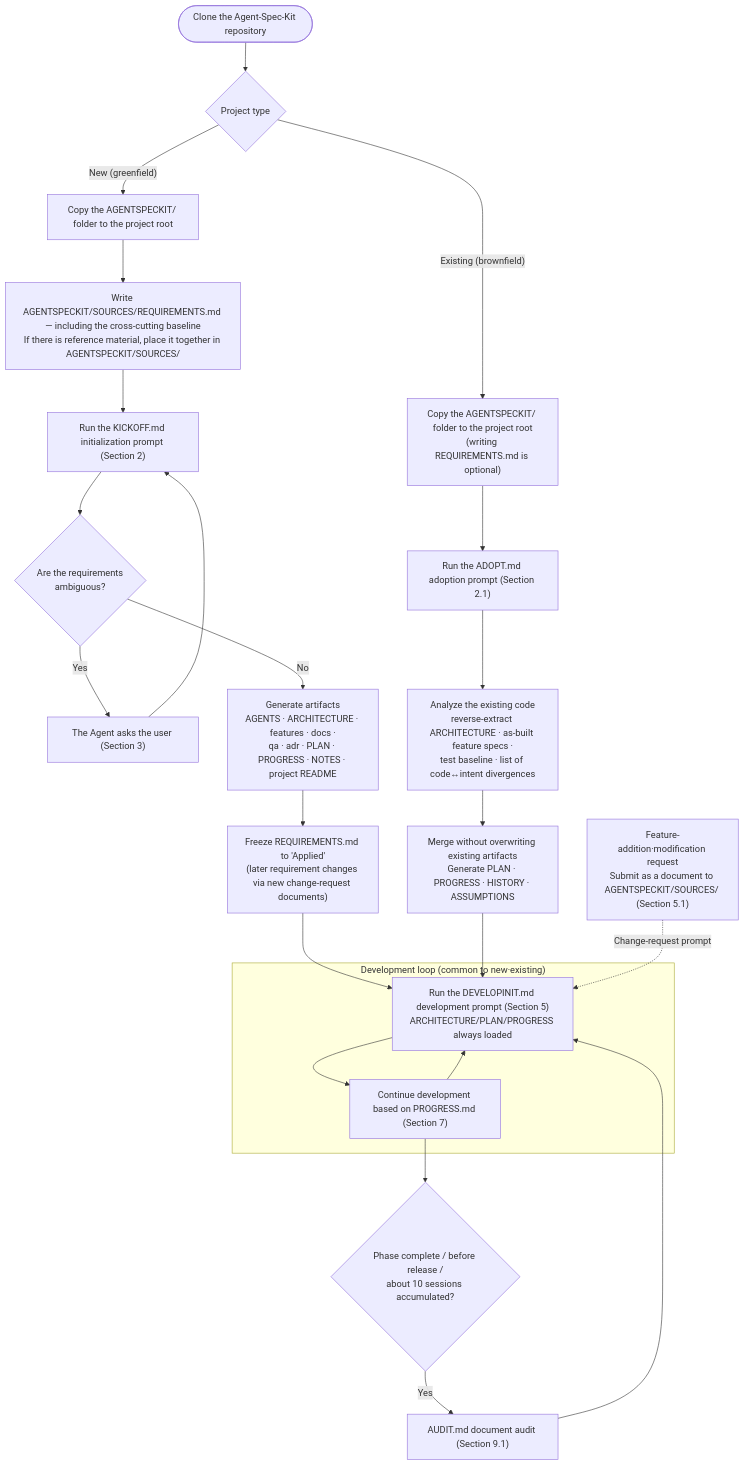
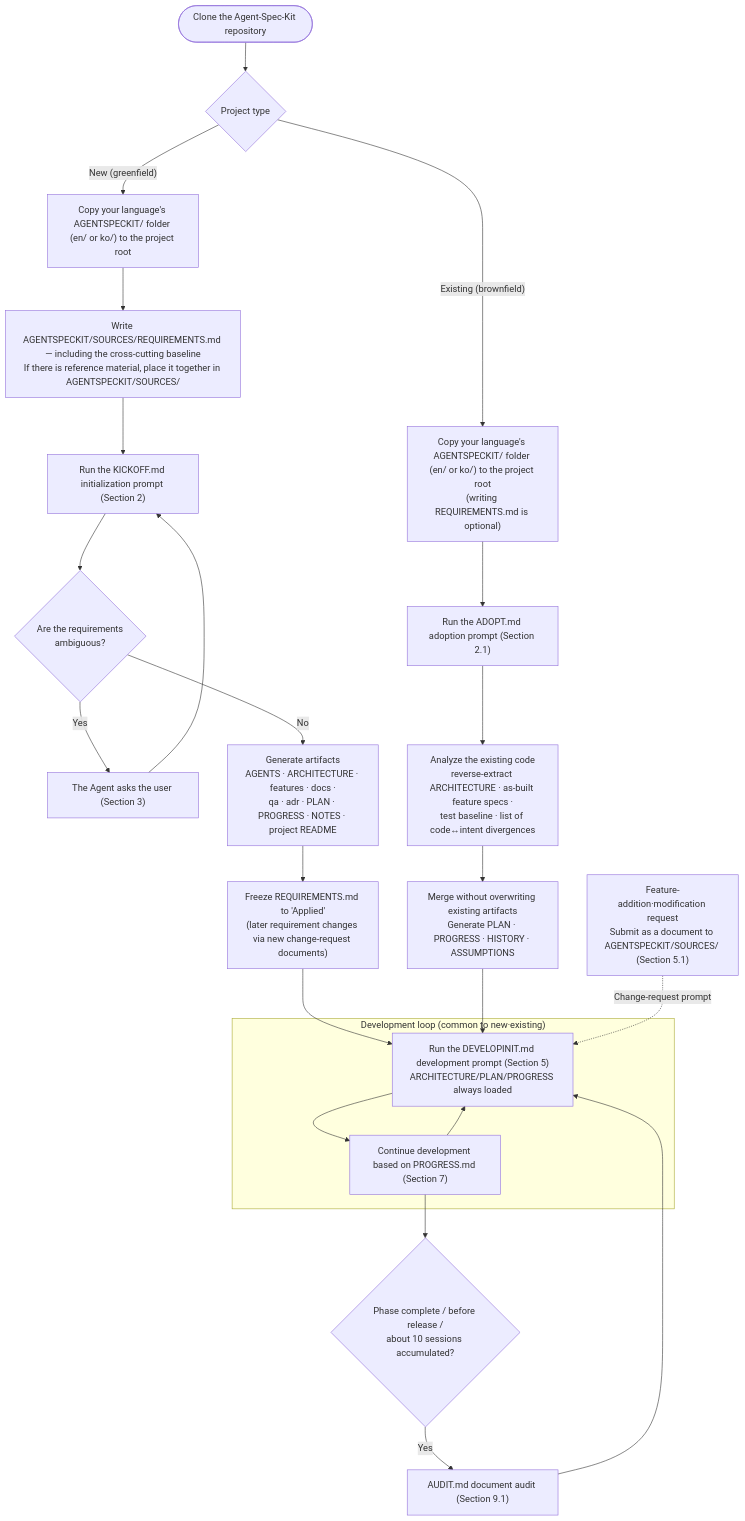
One commit to hellomyoh/Agent-Spec-Kit changed the diagram in README.md. Above: the diagram before and after it, drawn with Mermaid. The commit also changed other lines of this file and 13 other files, not shown here.

````diff
--- a/README.md
+++ b/README.md
@@ -681,34 +688,34 @@
 ```mermaid
 flowchart TD
     Start(["Clone the Agent-Spec-Kit repository"]) --> Type{"Project type"}
 
     %% ── New project path ──
-    Type -->|"New (greenfield)"| G1["Copy the AGENTSPECKIT/ folder to the project root"]
+    Type -->|"New (greenfield)"| G1["Copy your language's AGENTSPECKIT/ folder (en/ or ko/) to the project root"]
     G1 --> G2["Write AGENTSPECKIT/SOURCES/REQUIREMENTS.md — including the cross-cutting baseline<br/>If there is reference material, place it together in AGENTSPECKIT/SOURCES/"]
     G2 --> G3["Run the KICKOFF.md initialization prompt (Section 2)"]
     G3 --> G4{"Are the requirements<br/>ambiguous?"}
     G4 -->|"Yes"| G5["The Agent asks the user (Section 3)"]
     G5 --> G3
     G4 -->|"No"| G6["Generate artifacts<br/>AGENTS · ARCHITECTURE · features · docs ·<br/>qa · adr · PLAN · PROGRESS · NOTES · project README"]
     G6 --> G7["Freeze REQUIREMENTS.md to 'Applied'<br/>(later requirement changes via new change-request documents)"]
 
     %% ── Existing project path ──
-    Type -->|"Existing (brownfield)"| B1["Copy the AGENTSPECKIT/ folder to the project root<br/>(writing REQUIREMENTS.md is optional)"]
+    Type -->|"Existing (brownfield)"| B1["Copy your language's AGENTSPECKIT/ folder (en/ or ko/) to the project root<br/>(writing REQUIREMENTS.md is optional)"]
     B1 --> B2["Run the ADOPT.md adoption prompt (Section 2.1)"]
     B2 --> B3["Analyze the existing code<br/>reverse-extract ARCHITECTURE · as-built feature specs ·<br/>test baseline · list of code↔intent divergences"]
     B3 --> B4["Merge without overwriting existing artifacts<br/>Generate PLAN · PROGRESS · HISTORY · ASSUMPTIONS"]
 
     %% ── Common development loop ──
     subgraph DEV["Development loop (common to new·existing)"]
         D1["Run the DEVELOPINIT.md development prompt (Section 5)<br/>ARCHITECTURE/PLAN/PROGRESS always loaded"]
         D1 --> D2["Continue development based on PROGRESS.md (Section 7)"]
         D2 --> D1
     end
 
     G7 --> D1
     B4 --> D1
     CR["Feature-addition·modification request<br/>Submit as a document to AGENTSPECKIT/SOURCES/ (Section 5.1)"] -.->|"Change-request prompt"| D1
     D2 --> AQ{"Phase complete / before release /<br/>about 10 sessions accumulated?"}
     AQ -->|"Yes"| AU["AUDIT.md document audit (Section 9.1)"]
     AU --> D1
 ```
````
